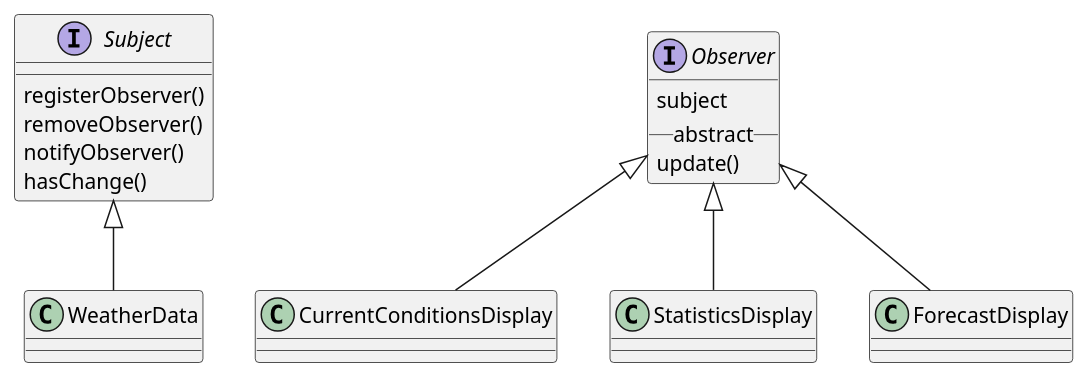
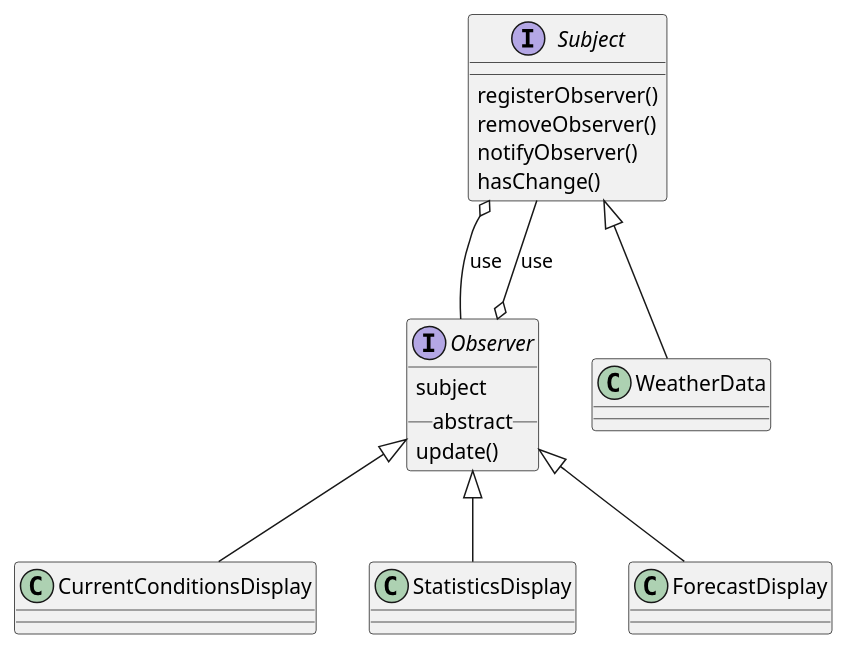
One commit to gama79530/DesignPattern changed the diagram in ObserverPattern/ObserverPattern.puml. Above: the diagram before and after it, drawn with PlantUML.

Commit message:
update Observer Pattern

```diff
--- a/ObserverPattern/ObserverPattern.puml
+++ b/ObserverPattern/ObserverPattern.puml
@@ -1,22 +1,25 @@
 @startuml
 
 interface Subject{
     registerObserver()
     removeObserver()
     notifyObserver()
     hasChange()
 }
 
 interface Observer{
     subject
     __ abstract __
     update()
 }
 
 Subject <|-- WeatherData
 
 Observer <|-- CurrentConditionsDisplay
 Observer <|-- StatisticsDisplay
 Observer <|-- ForecastDisplay
 
+Subject o-- Observer : use
+Observer o-- Subject : use
+
 @enduml
```
